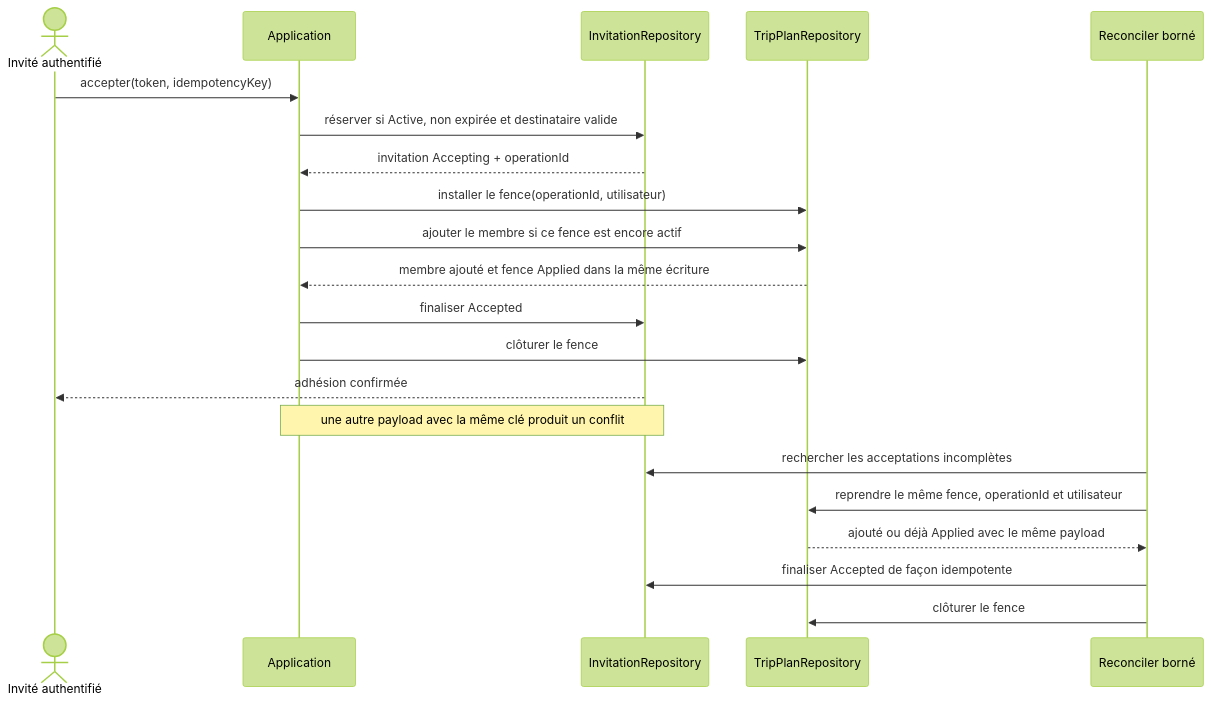
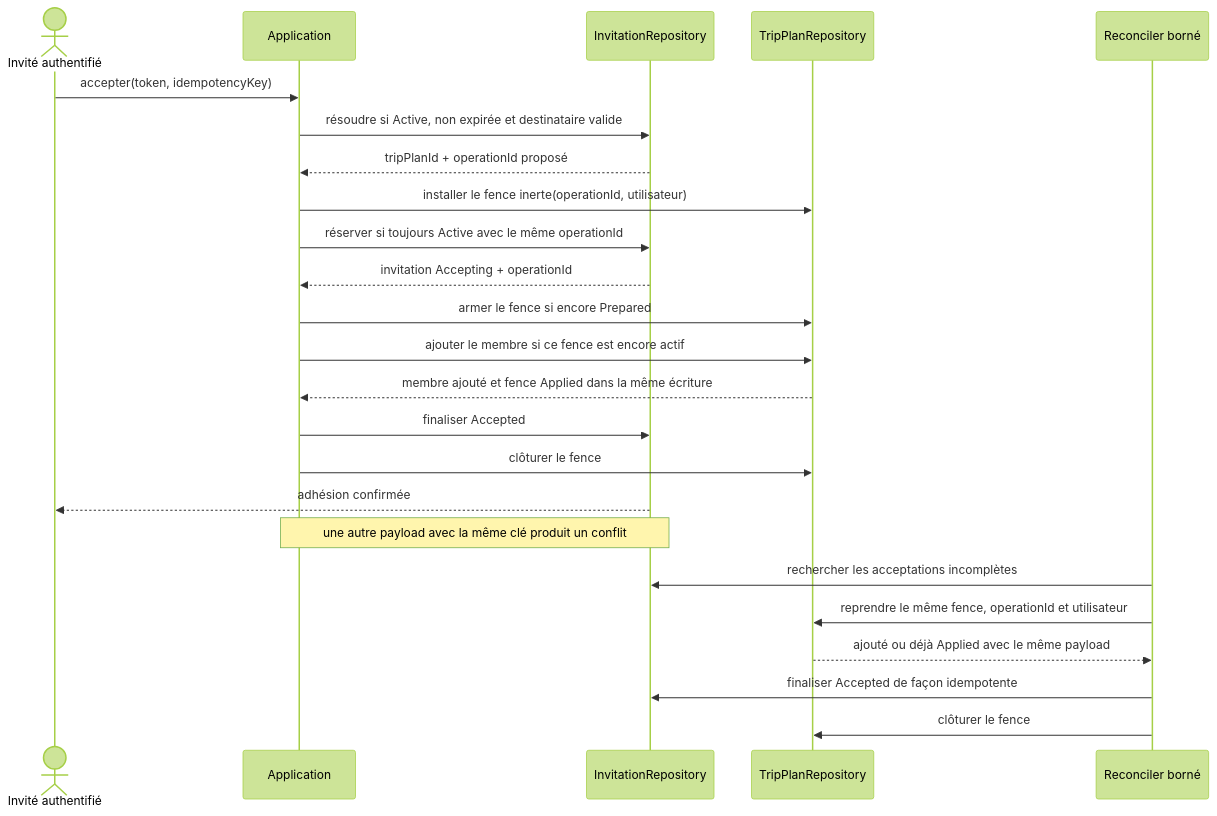
The second of 4 diagrams in docs/architecture/product-growth-trip-01-aggregate-roles-privacy-2026-09-17.md (Ced59/AmusementParkProject), drawn with Mermaid (forest theme) before and after one commit. The commit also changed other lines of this file, not shown here.

Commit message:
docs(trip): préparer le fence avant réservation

````diff
--- a/docs/architecture/product-growth-trip-01-aggregate-roles-privacy-2026-09-17.md
+++ b/docs/architecture/product-growth-trip-01-aggregate-roles-privacy-2026-09-17.md
@@ -244,24 +244,27 @@
 ```mermaid
 sequenceDiagram
     actor I as Invité authentifié
     participant A as Application
     participant R as InvitationRepository
     participant P as TripPlanRepository
     participant J as Reconciler borné
 
     I->>A: accepter(token, idempotencyKey)
-    A->>R: réserver si Active, non expirée et destinataire valide
+    A->>R: résoudre si Active, non expirée et destinataire valide
+    R-->>A: tripPlanId + operationId proposé
+    A->>P: installer le fence inerte(operationId, utilisateur)
+    A->>R: réserver si toujours Active avec le même operationId
     R-->>A: invitation Accepting + operationId
-    A->>P: installer le fence(operationId, utilisateur)
+    A->>P: armer le fence si encore Prepared
     A->>P: ajouter le membre si ce fence est encore actif
     P-->>A: membre ajouté et fence Applied dans la même écriture
     A->>R: finaliser Accepted
     A->>P: clôturer le fence
     R-->>I: adhésion confirmée
     Note over A,R: une autre payload avec la même clé produit un conflit
     J->>R: rechercher les acceptations incomplètes
     J->>P: reprendre le même fence, operationId et utilisateur
     P-->>J: ajouté ou déjà Applied avec le même payload
     J->>R: finaliser Accepted de façon idempotente
     J->>P: clôturer le fence
 ```
````
